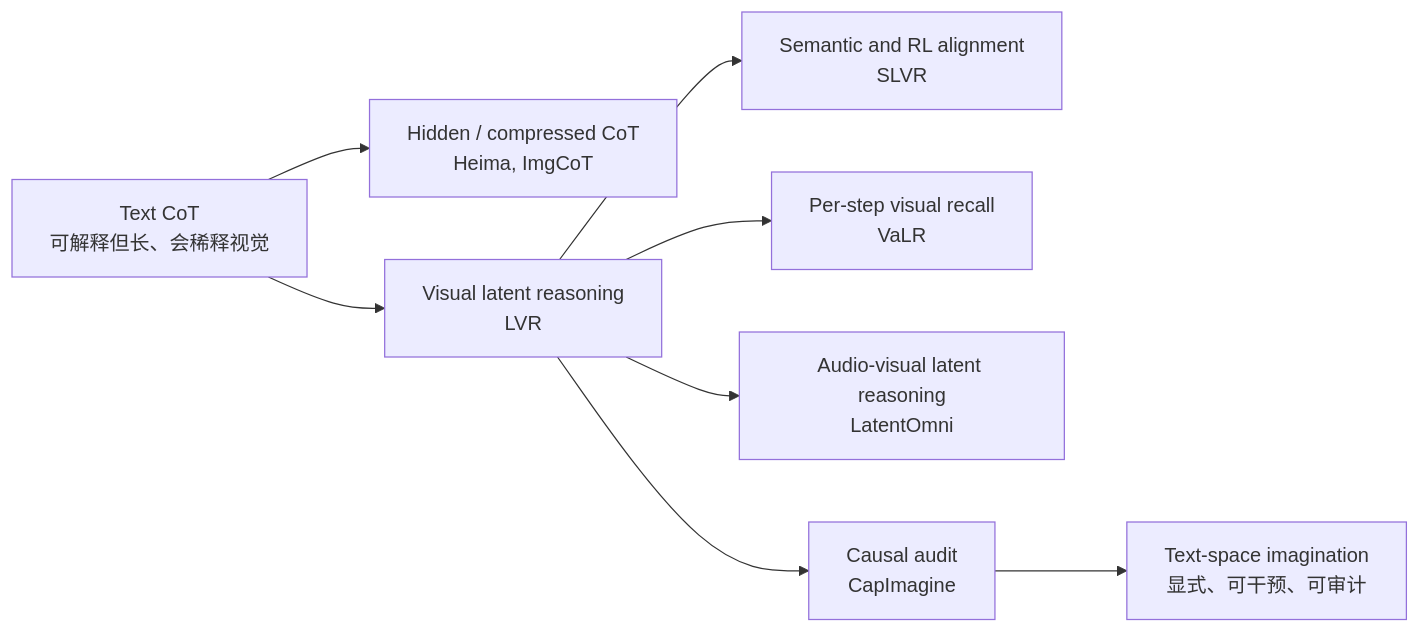
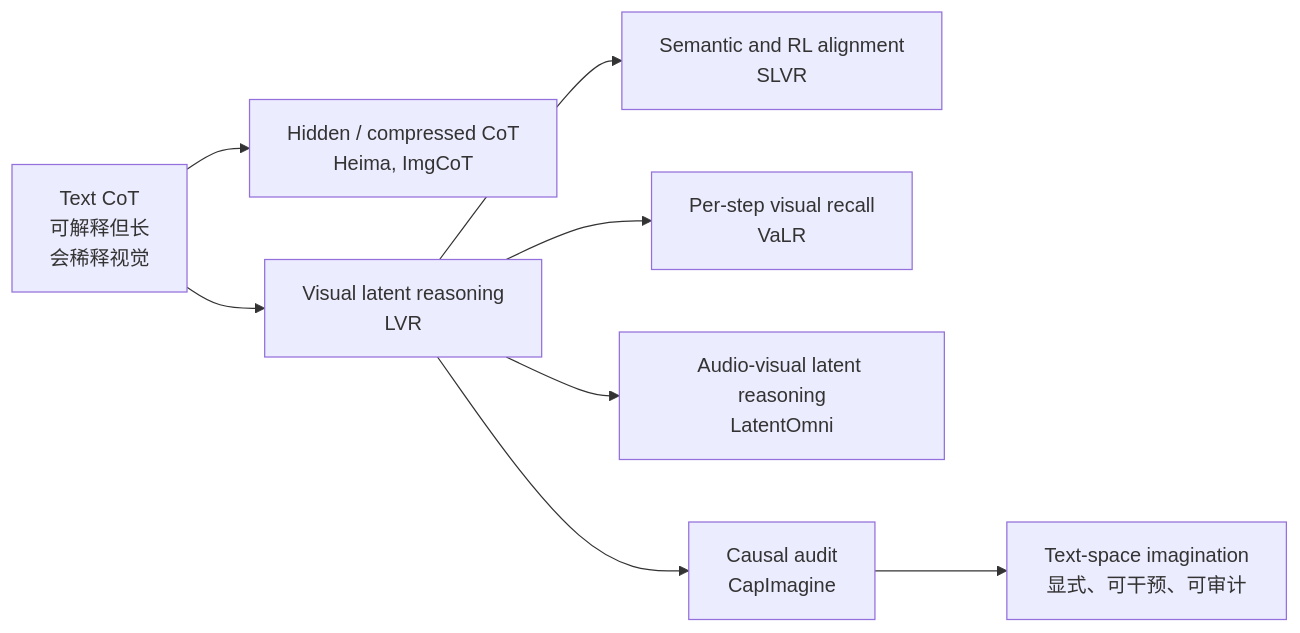
Before and after one commit to fx-hit/PaperNotes: the diagram in notes/2026-06/2026-06-11/LatentReasoning_综述笔记.md, drawn with Mermaid. The commit also changed 3 other files, not shown here.

Commit message:
Fix latent reasoning Mermaid rendering

````diff
--- a/notes/2026-06/2026-06-11/LatentReasoning_综述笔记.md
+++ b/notes/2026-06/2026-06-11/LatentReasoning_综述笔记.md
@@ -76,10 +76,10 @@
 ```mermaid
 flowchart LR
-  A["Text CoT\n可解释但长、会稀释视觉"] --> B["Hidden / compressed CoT\nHeima, ImgCoT"]
-  A --> C["Visual latent reasoning\nLVR"]
-  C --> D["Semantic and RL alignment\nSLVR"]
-  C --> E["Per-step visual recall\nVaLR"]
-  C --> F["Audio-visual latent reasoning\nLatentOmni"]
-  C --> G["Causal audit\nCapImagine"]
-  G --> H["Text-space imagination\n显式、可干预、可审计"]
+  A["Text CoT<br/>可解释但长<br/>会稀释视觉"] --> B["Hidden / compressed CoT<br/>Heima, ImgCoT"]
+  A --> C["Visual latent reasoning<br/>LVR"]
+  C --> D["Semantic and RL alignment<br/>SLVR"]
+  C --> E["Per-step visual recall<br/>VaLR"]
+  C --> F["Audio-visual latent reasoning<br/>LatentOmni"]
+  C --> G["Causal audit<br/>CapImagine"]
+  G --> H["Text-space imagination<br/>显式、可干预、可审计"]
 ```
````
